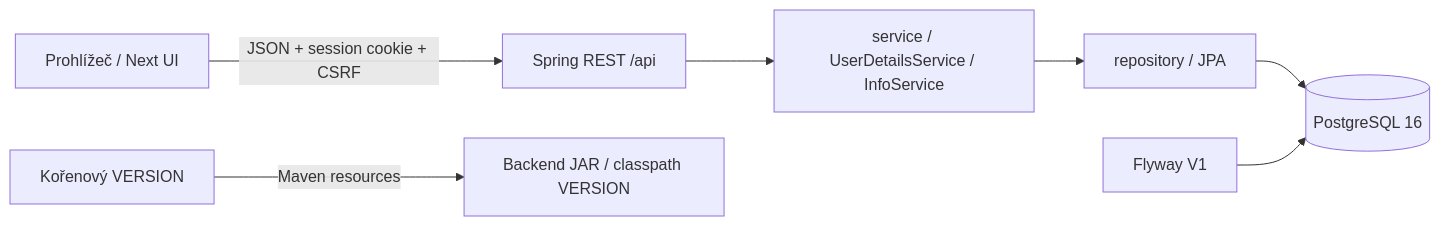
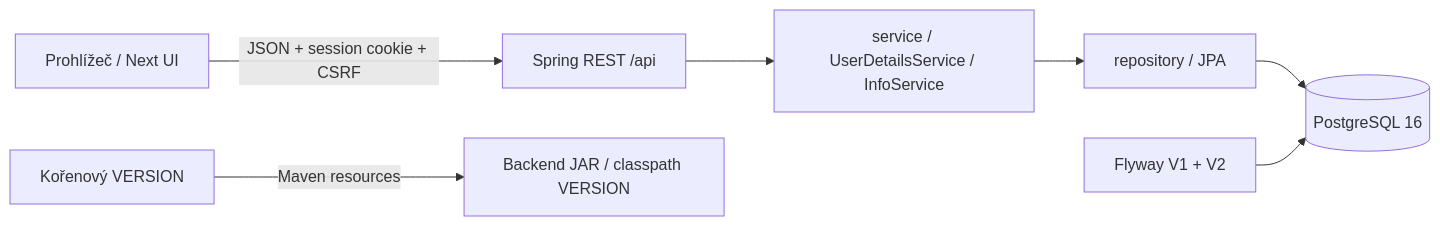
One commit to Dasky02/sport-club-system changed the diagram in docs/architecture.md. Above: the diagram before and after it, drawn with Mermaid. The commit also changed other lines of this file and 87 other files, not shown here.

````diff
--- a/docs/architecture.md
+++ b/docs/architecture.md
@@ -7,9 +7,9 @@
 ```mermaid
 flowchart LR
   Browser[Prohlížeč / Next UI] -->|JSON + session cookie + CSRF| API[Spring REST /api]
   API --> Services[service / UserDetailsService / InfoService]
   Services --> Repositories[repository / JPA]
   Repositories --> DB[(PostgreSQL 16)]
-  Flyway[Flyway V1] --> DB
+  Flyway[Flyway V1 + V2] --> DB
   Version[Kořenový VERSION] -->|Maven resources| JAR[Backend JAR / classpath VERSION]
 ```
````
